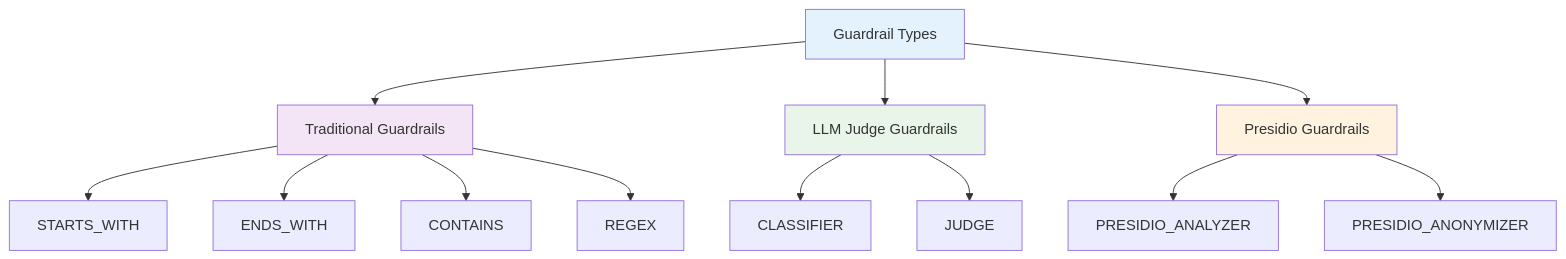
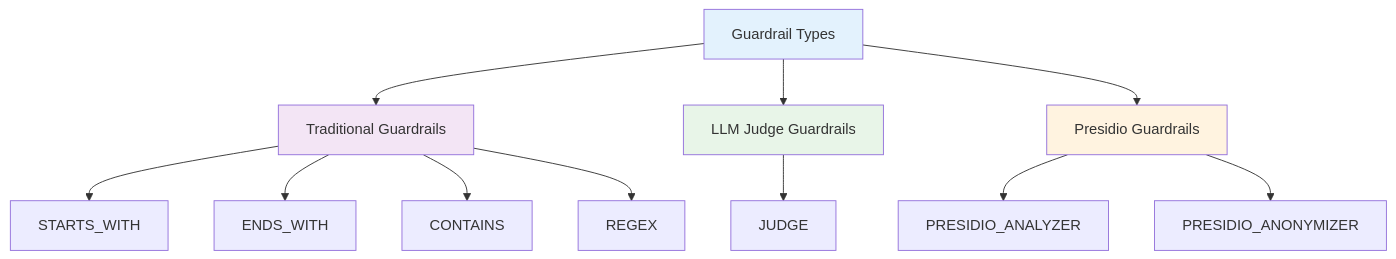
One commit to radicalbit/radicalbit-ai-gateway-docs changed the second of 3 diagrams in docs/features/guardrails.md. Above: the diagram before and after it, drawn with Mermaid. The commit also changed other lines of this file and 9 other files, not shown here.

````diff
--- a/docs/features/guardrails.md
+++ b/docs/features/guardrails.md
@@ -42,22 +44,21 @@
 ```mermaid
 graph TD
     A[Guardrail Types] --> B[Traditional Guardrails]
     A --> C[LLM Judge Guardrails]
     A --> D[Presidio Guardrails]
     
     B --> B1[STARTS_WITH]
     B --> B2[ENDS_WITH]
     B --> B3[CONTAINS]
     B --> B4[REGEX]
     
-    C --> C1[CLASSIFIER]
-    C --> C2[JUDGE]
+    C --> C1[JUDGE]
     
     D --> D1[PRESIDIO_ANALYZER]
     D --> D2[PRESIDIO_ANONYMIZER]
     
     style A fill:#e3f2fd
     style B fill:#f3e5f5
     style C fill:#e8f5e8
     style D fill:#fff3e0
 ```
````
